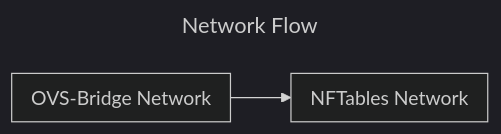
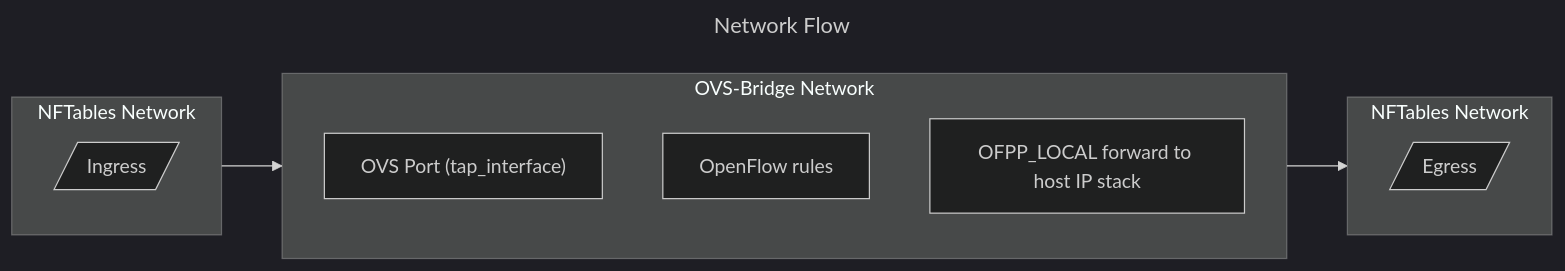
One commit to Zai4ikManiak/Cyber-Security-Study changed the diagram in Antispam System/README.md. Above: the diagram before and after it, drawn with Mermaid (dark theme).

Commit message:
modified:   README.md

````diff
--- a/Antispam System/README.md
+++ b/Antispam System/README.md
@@ -3,16 +3,22 @@
 ```mermaid
 ---
 title: Network Flow
 ---
 flowchart LR
     
-    subgraph libvirt["OVS-Bridge Network"]
-
+    subgraph firewall-in["NFTables Network"]
+        ingress["Ingress"]@{ shape: lean-r }
     end
 
-    subgraph firewall["NFTables Network"]
-
+    subgraph libvirt["OVS-Bridge Network"]
+        ovs-port["OVS Port (tap_interface)"]
+        ovs-eval["OpenFlow rules"]
+        ovs-forward["OFPP_LOCAL forward to host IP stack"]
     end
 
-    libvirt --> firewall
+    subgraph firewall-out["NFTables Network"]
+        egress["Egress"]@{ shape: lean-r}
+    end
+
+    firewall-in --> libvirt --> firewall-out
 ```
````
